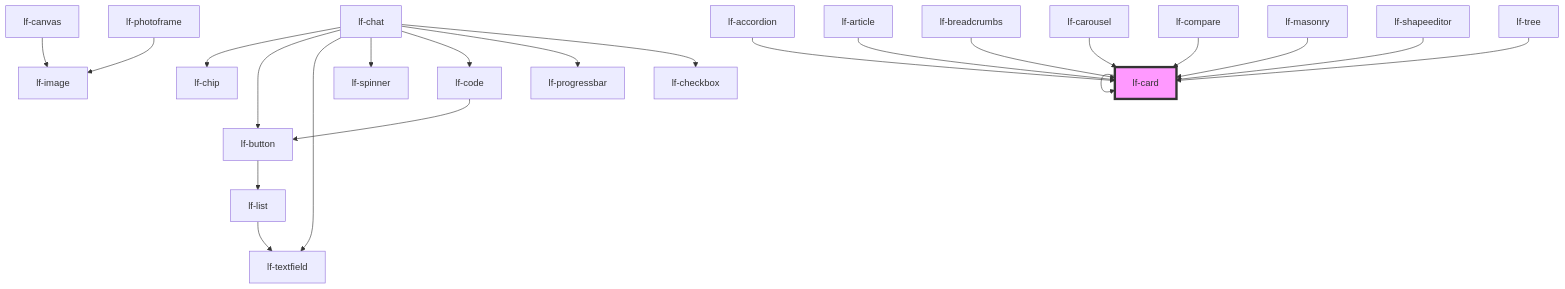
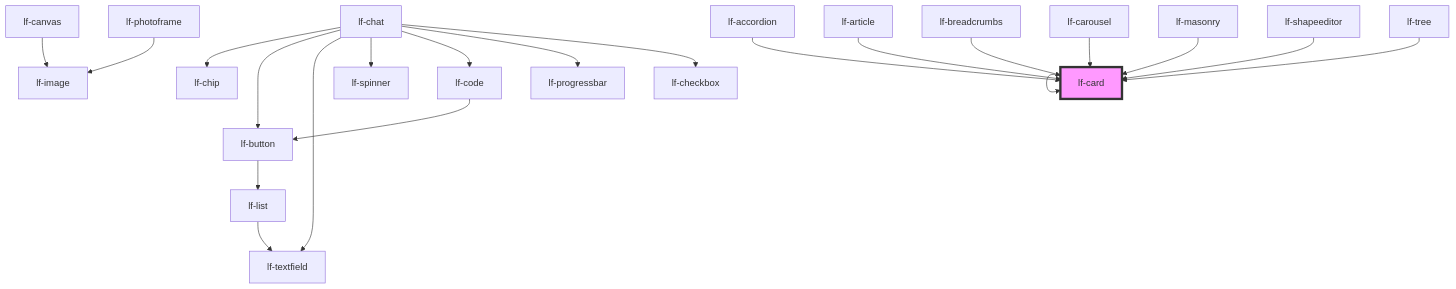
Before and after one commit to lucafoscili/lf-widgets: the diagram in packages/core/src/components/lf-card/readme.md, drawn with Mermaid. The commit also changed other lines of this file and 191 other files, not shown here.

First line of the commit message:
chore: Refactor to functional component architecture for UI

````diff
--- a/packages/core/src/components/lf-card/readme.md
+++ b/packages/core/src/components/lf-card/readme.md
@@ -140,25 +140,24 @@
 ```mermaid
 graph TD;
   lf-card --> lf-card
   lf-accordion --> lf-card
   lf-button --> lf-list
   lf-list --> lf-textfield
   lf-canvas --> lf-image
   lf-chat --> lf-chip
   lf-chat --> lf-button
   lf-chat --> lf-textfield
   lf-chat --> lf-spinner
   lf-chat --> lf-code
   lf-chat --> lf-progressbar
   lf-chat --> lf-checkbox
   lf-code --> lf-button
   lf-photoframe --> lf-image
   lf-article --> lf-card
   lf-breadcrumbs --> lf-card
   lf-carousel --> lf-card
-  lf-compare --> lf-card
   lf-masonry --> lf-card
   lf-shapeeditor --> lf-card
   lf-tree --> lf-card
   style lf-card fill:#f9f,stroke:#333,stroke-width:4px
 ```
````
